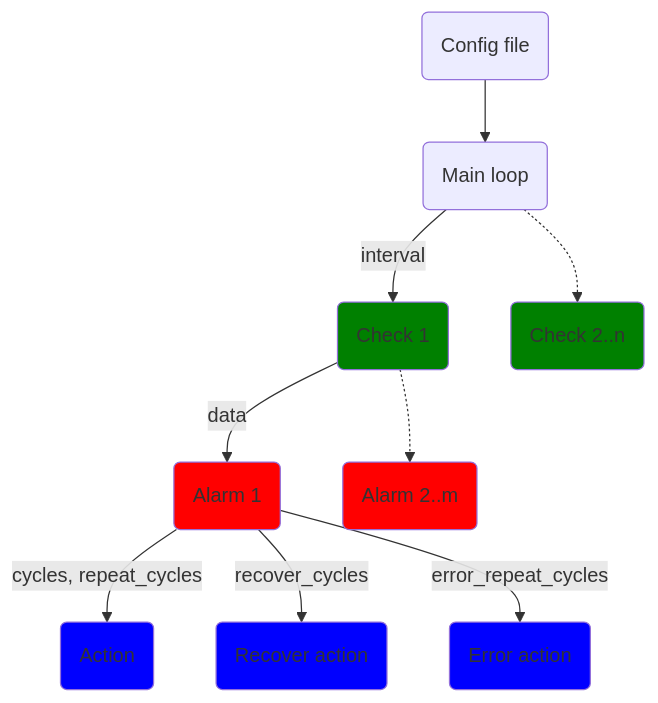
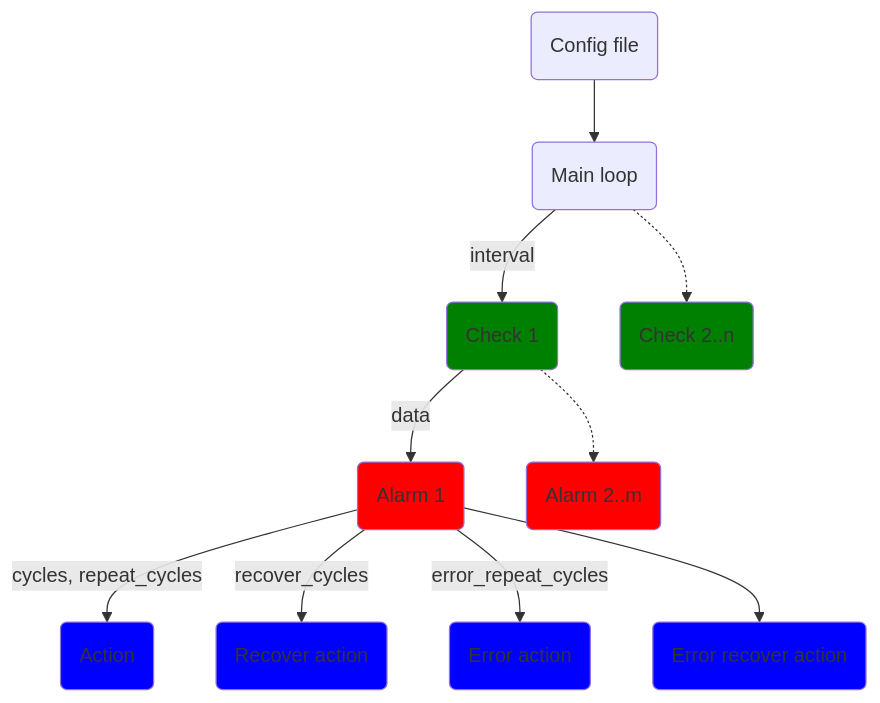
One commit to flo-at/minmon changed the first of 3 diagrams in README.md. Above: the diagram before and after it, drawn with Mermaid. The commit also changed 1 other file, not shown here.

Commit message:
add missing error recover action to graph in README

````diff
--- a/README.md
+++ b/README.md
@@ -63,19 +63,21 @@
 ```mermaid
 graph TD
     A(Config file) --> B(Main loop)
     B -->|interval| C(Check 1)
     B -.-> D(Check 2..n)
     C -->|data| E(Alarm 1)
     C -.-> F(Alarm 2..m)
     E -->|cycles, repeat_cycles| G(Action)
     E -->|recover_cycles| H(Recover action)
     E -->|error_repeat_cycles| I(Error action)
+    E --> J(Error recover action)
 
     style C fill:green;
     style D fill:green;
     style E fill:red;
     style F fill:red;
     style G fill:blue;
     style H fill:blue;
     style I fill:blue;
+    style J fill:blue;
 ```
````
